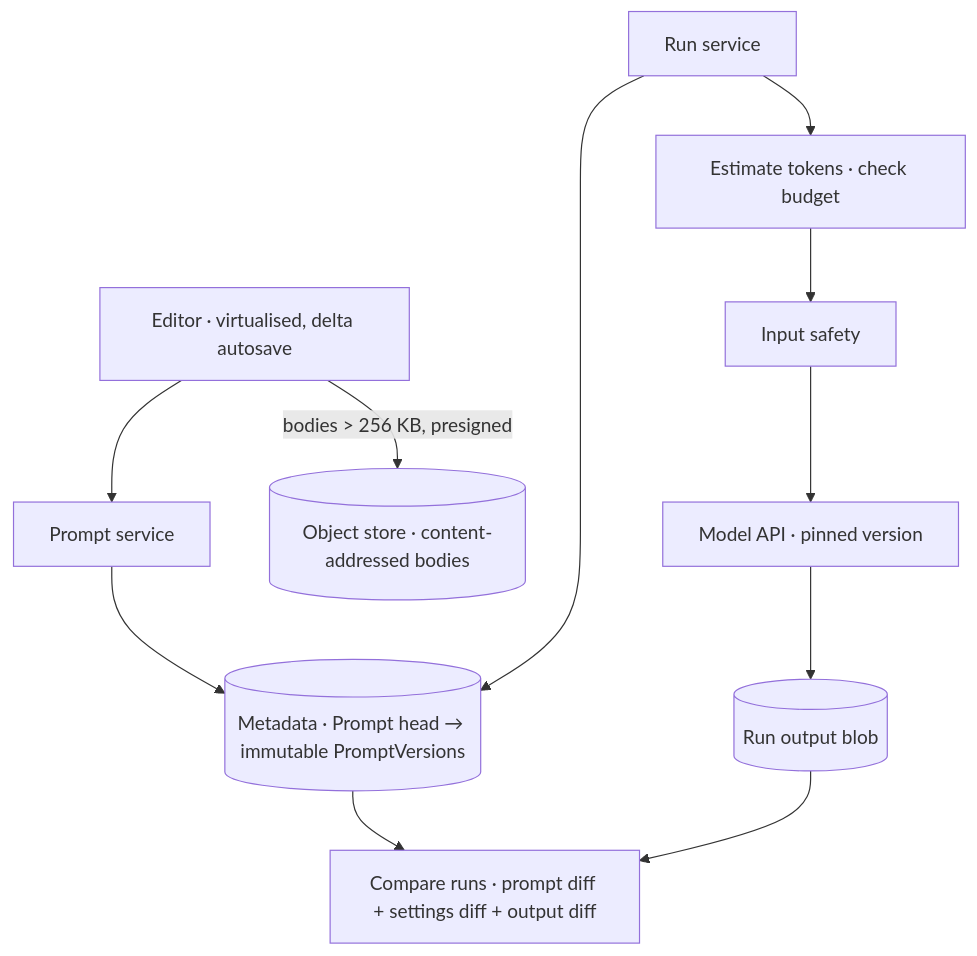
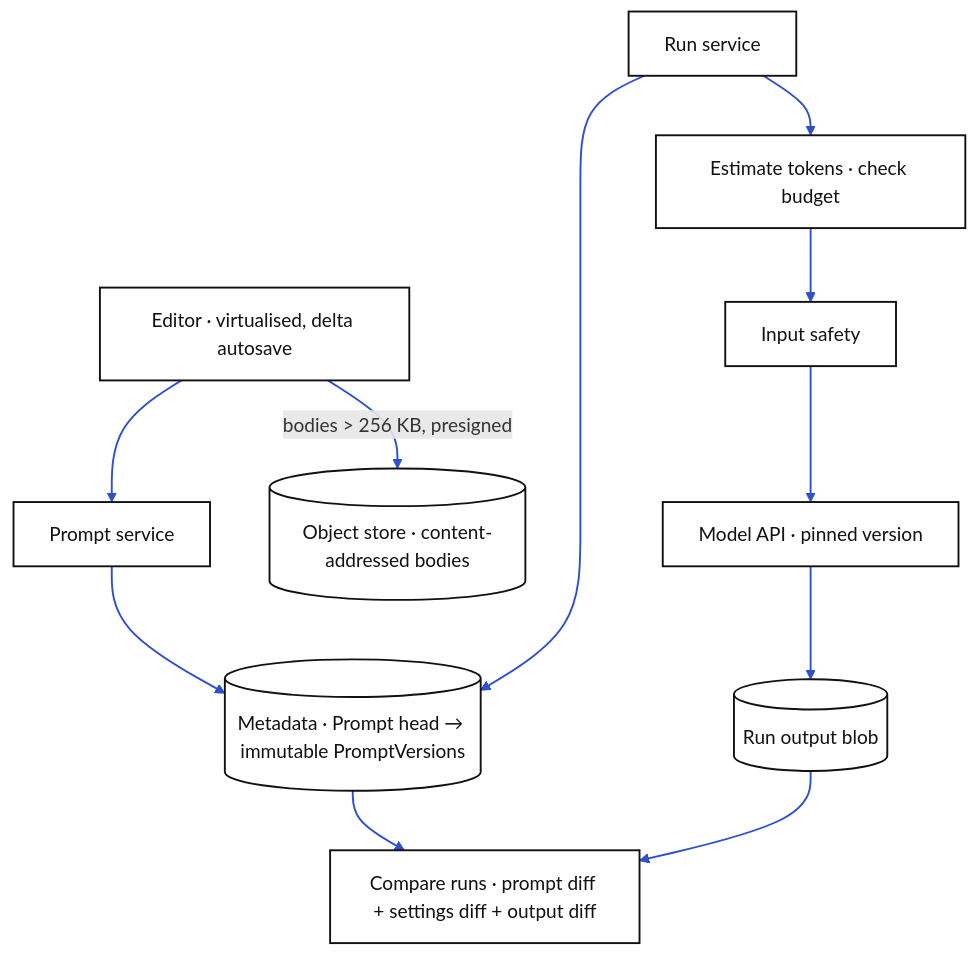
Before and after one commit to kkanakka/kkanakka.github.io: the diagram in diagrams-src/prompt-playground/architecture.mmd, drawn with Mermaid. The commit also changed 115 other files, not shown here.

First line of the commit message:
Restyle architecture diagrams: black on white, blue sync, purple async

```diff
--- a/diagrams-src/prompt-playground/architecture.mmd
+++ b/diagrams-src/prompt-playground/architecture.mmd
@@ -1,13 +1,17 @@
 %% section: Design
 %% caption: Architecture
 flowchart TB
     ED["Editor · virtualised, delta autosave"] --> API["Prompt service"]
     ED -->|"bodies > 256 KB, presigned"| BLOB[("Object store · content-addressed bodies")]
     API --> DB[("Metadata · Prompt head → immutable PromptVersions")]
     RUN["Run service"] --> EST["Estimate tokens · check budget"]
     EST --> SAFE["Input safety"]
     SAFE --> MODEL["Model API · pinned version"]
     MODEL --> OUT[("Run output blob")]
     RUN --> DB
     DB --> CMP["Compare runs · prompt diff + settings diff + output diff"]
     OUT --> CMP
+%% --- style (generated by scripts/style-flowcharts.js) ---
+    classDef n fill:#ffffff,stroke:#111111,stroke-width:1.6px,color:#111111;
+    class ED,API,BLOB,DB,RUN,EST,SAFE,MODEL,OUT,CMP n;
+    linkStyle 0,1,2,3,4,5,6,7,8,9 stroke:#2f4fd0,stroke-width:1.6px;
```
